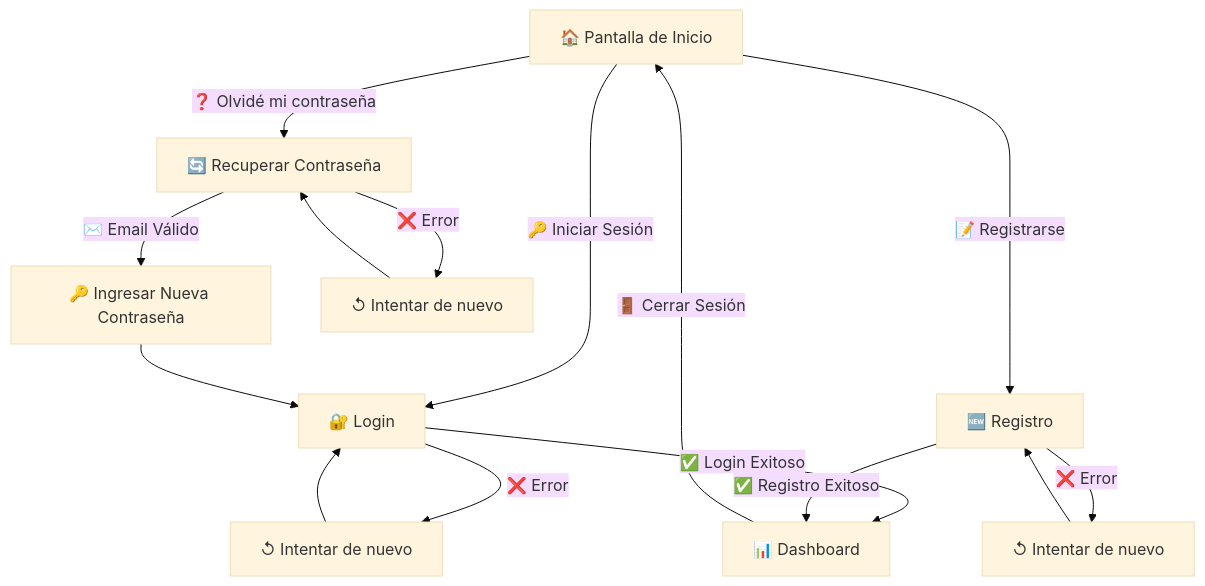
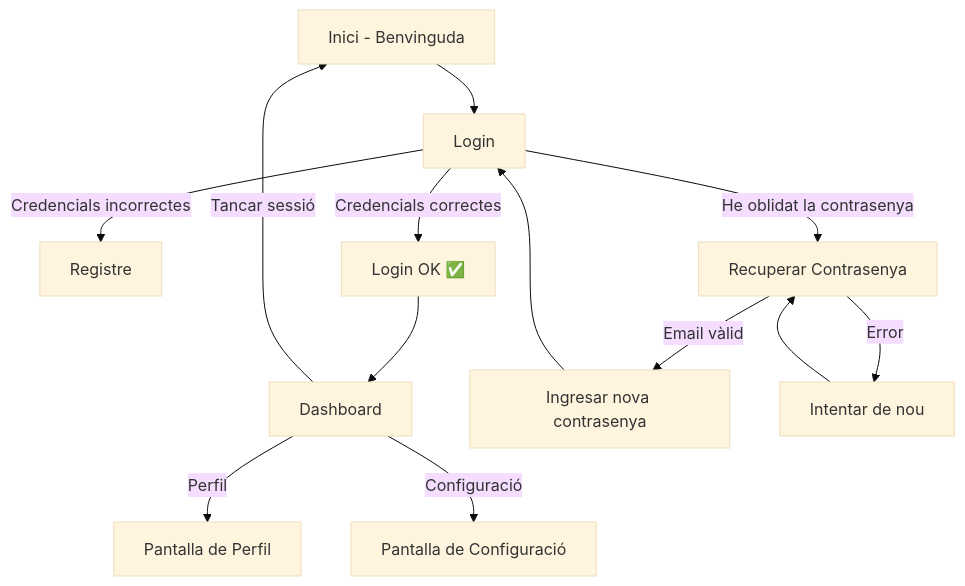
One commit to dmontes901/TapatApp changed the diagram in charts/diagramaNavegacio.mmd. Above: the diagram before and after it, drawn with Mermaid (base theme).

```diff
--- a/charts/diagramaNavegacio.mmd
+++ b/charts/diagramaNavegacio.mmd
@@ -1,20 +1,15 @@
 flowchart TD;
-    %% Inicio
-    A["🏠 Pantalla de Inicio"] -->|🔑 Iniciar Sesión| B["🔐 Login"];
-    A -->|📝 Registrarse| C["🆕 Registro"];
-    A -->|❓ Olvidé mi contraseña| D["🔄 Recuperar Contraseña"];
-
-    %% Inicio de Sesión
-    B -->|✅ Login Exitoso| E["📊 Dashboard"];
-    B -->|❌ Error| B1["↺ Intentar de nuevo"] --> B;
-
-    %% Registro
-    C -->|✅ Registro Exitoso| E;
-    C -->|❌ Error| C1["↺ Intentar de nuevo"] --> C;
-
-    %% Recuperación de Contraseña
-    D -->|✉️ Email Válido| D1["🔑 Ingresar Nueva Contraseña"] --> B;
-    D -->|❌ Error| D2["↺ Intentar de nuevo"] --> D;
-
-    %% Navegación
-    E -->|🚪 Cerrar Sesión| A;
+    A["Inici - Benvinguda"] --> B["Login"];
+    B -->|Credencials incorrectes| C["Registre"];
+    B -->|Credencials correctes| D["Login OK ✅"];
+    
+    %% Continuación después del login exitoso
+    D --> E["Dashboard"];
+    E -->|Perfil| F["Pantalla de Perfil"];
+    E -->|Configuració| G["Pantalla de Configuració"];
+    E -->|Tancar sessió| A;
+    
+    %% Flujo de recuperación de contraseña
+    B -->|He oblidat la contrasenya| H["Recuperar Contrasenya"];
+    H -->|Email vàlid| I["Ingresar nova contrasenya"] --> B;
+    H -->|Error| H1["Intentar de nou"] --> H;
```
